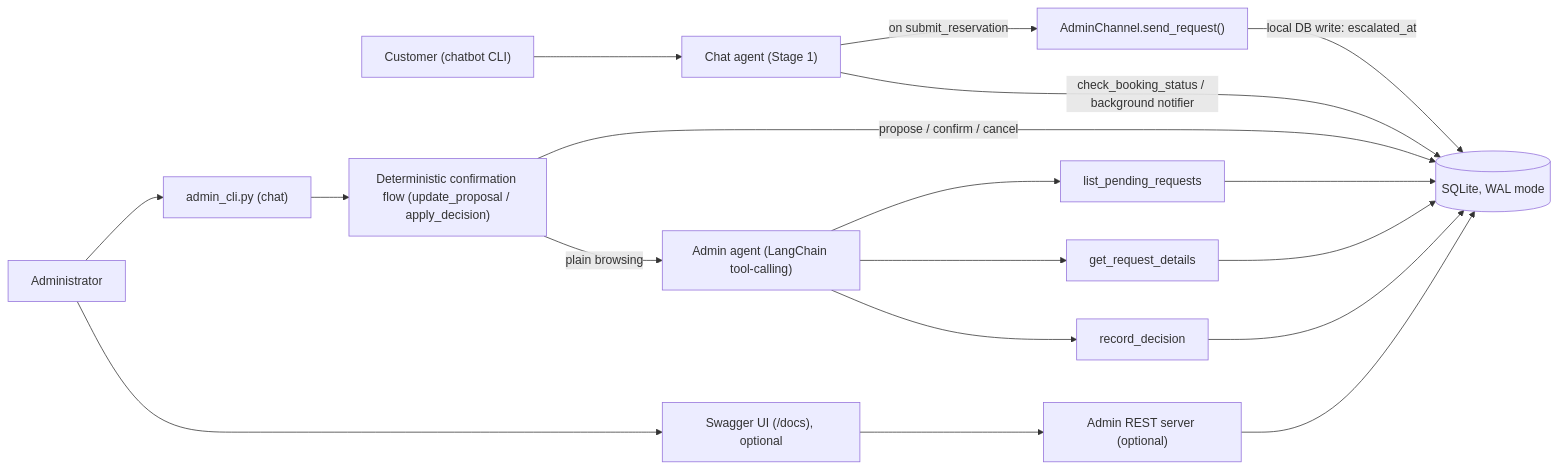
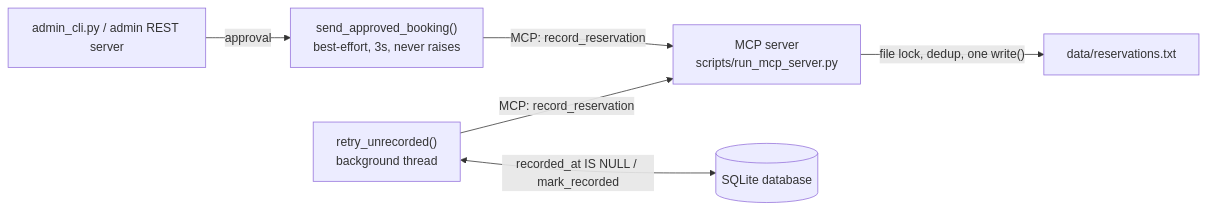
Before and after one commit to Gorisha2004/parking_chatbot: the diagram in README.md, drawn with Mermaid. The commit also changed other lines of this file and 35 other files, not shown here.

````diff
--- a/README.md
+++ b/README.md
@@ -29,21 +31,8 @@
 ```mermaid
 flowchart LR
-    U["Customer (chatbot CLI)"] --> A["Chat agent (Stage 1)"]
-    A -->|"on submit_reservation"| CH["AdminChannel.send_request()"]
-    CH -->|"local DB write: escalated_at"| S[("SQLite, WAL mode")]
-    A -->|"check_booking_status / background notifier"| S
-
-    Admin["Administrator"] --> ACLI["admin_cli.py (chat)"]
-    Admin --> Docs["Swagger UI (/docs), optional"]
-    ACLI --> DET["Deterministic confirmation flow (update_proposal / apply_decision)"]
-    DET -->|"propose / confirm / cancel"| S
-    DET -->|"plain browsing"| AA["Admin agent (LangChain tool-calling)"]
-    AA --> AT1["list_pending_requests"]
-    AA --> AT2["get_request_details"]
-    AA --> AT3["record_decision"]
-    AT1 --> S
-    AT2 --> S
-    AT3 --> S
-    Docs --> API["Admin REST server (optional)"]
-    API --> S
+    Admin["admin_cli.py / admin REST server"] -->|"approval"| Hook["send_approved_booking()\nbest-effort, 3s, never raises"]
+    Hook -->|"MCP: record_reservation"| MCP["MCP server\nscripts/run_mcp_server.py"]
+    Sweep["retry_unrecorded()\nbackground thread"] -->|"MCP: record_reservation"| MCP
+    Sweep <-->|"recorded_at IS NULL / mark_recorded"| DB[("SQLite database")]
+    MCP -->|"file lock, dedup, one write()"| F["data/reservations.txt"]
 ```
````
